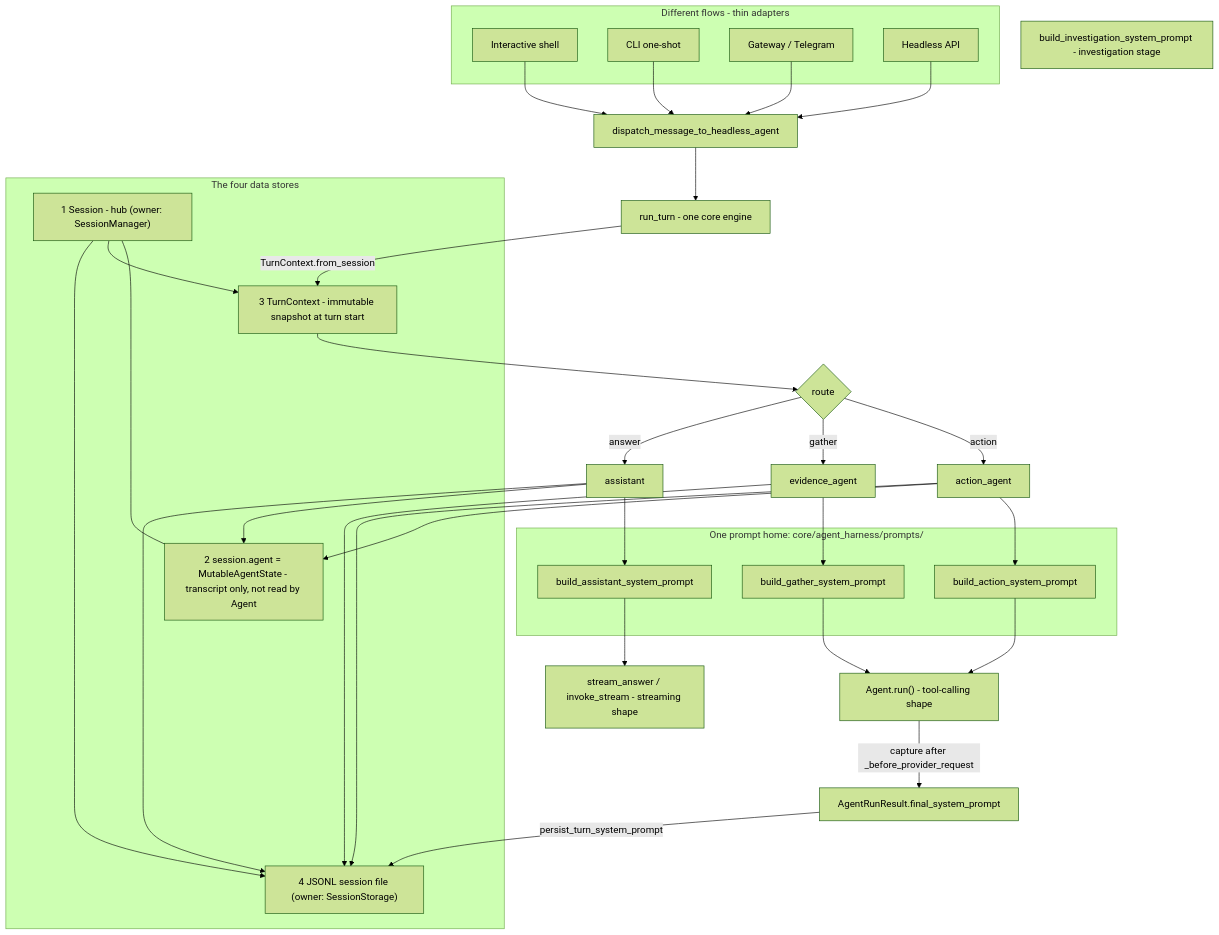
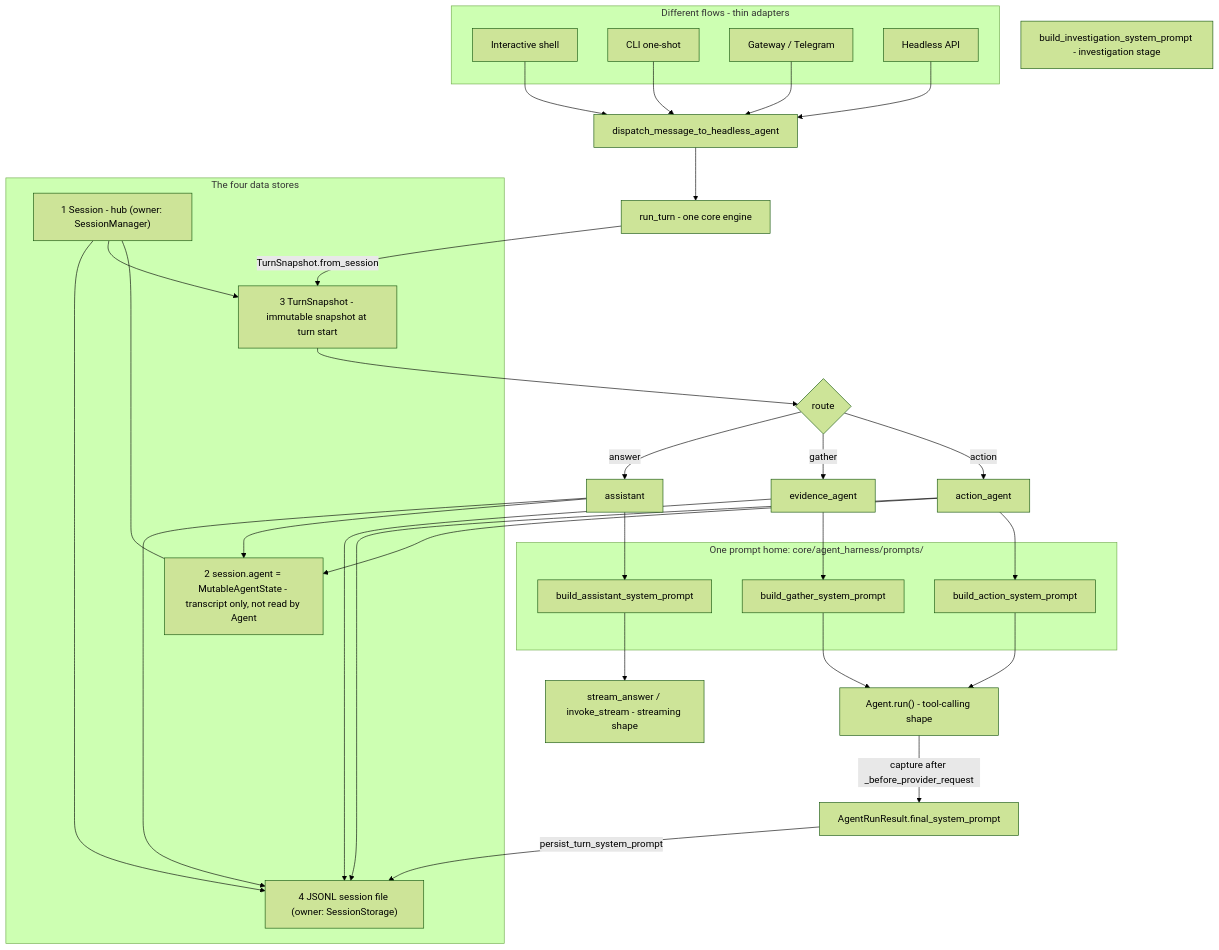
One commit to Tracer-Cloud/open-sre-agent changed the first of 2 diagrams in docs/agent-context-data-stores.md. Above: the diagram before and after it, drawn with Mermaid (forest theme). The commit also changed other lines of this file and 2 other files, not shown here.

````diff
--- a/docs/agent-context-data-stores.md
+++ b/docs/agent-context-data-stores.md
@@ -31,56 +31,56 @@
 ```mermaid
 flowchart TB
     subgraph surfaces [Different flows - thin adapters]
         SH[Interactive shell]
         CLI[CLI one-shot]
         GW[Gateway / Telegram]
         HL[Headless API]
     end
     SH --> DISP
     CLI --> DISP
     GW --> DISP
     HL --> DISP
     DISP[dispatch_message_to_headless_agent] --> RT[run_turn - one core engine]
 
     subgraph stores [The four data stores]
         S1["1 Session - hub (owner: SessionManager)"]
         S2["2 session.agent = MutableAgentState - transcript only, not read by Agent"]
-        S3["3 TurnContext - immutable snapshot at turn start"]
+        S3["3 TurnSnapshot - immutable snapshot at turn start"]
         S4["4 JSONL session file (owner: SessionStorage)"]
     end
 
-    RT -->|TurnContext.from_session| S3
+    RT -->|TurnSnapshot.from_session| S3
     S1 --- S2
     S1 --> S3
 
     S3 --> ROUTE{route}
     ROUTE -->|action| A1[action_agent]
     ROUTE -->|gather| A2[evidence_agent]
     ROUTE -->|answer| A3[assistant]
 
     subgraph prompts [One prompt home: core/agent_harness/prompts/]
         P1[build_action_system_prompt]
         P2[build_gather_system_prompt]
         P3[build_assistant_system_prompt]
     end
     PI[build_investigation_system_prompt - investigation stage]
 
     A1 --> P1
     A2 --> P2
     A3 --> P3
 
     P1 --> RUN
     P2 --> RUN
     P3 --> STREAM
 
     RUN["Agent.run() - tool-calling shape"] -->|capture after _before_provider_request| FP[AgentRunResult.final_system_prompt]
     STREAM["stream_answer / invoke_stream - streaming shape"]
 
     A1 --> S2
     A3 --> S2
     FP -->|persist_turn_system_prompt| S4
     A1 --> S4
     A2 --> S4
     A3 --> S4
     S1 --> S4
 ```
````
